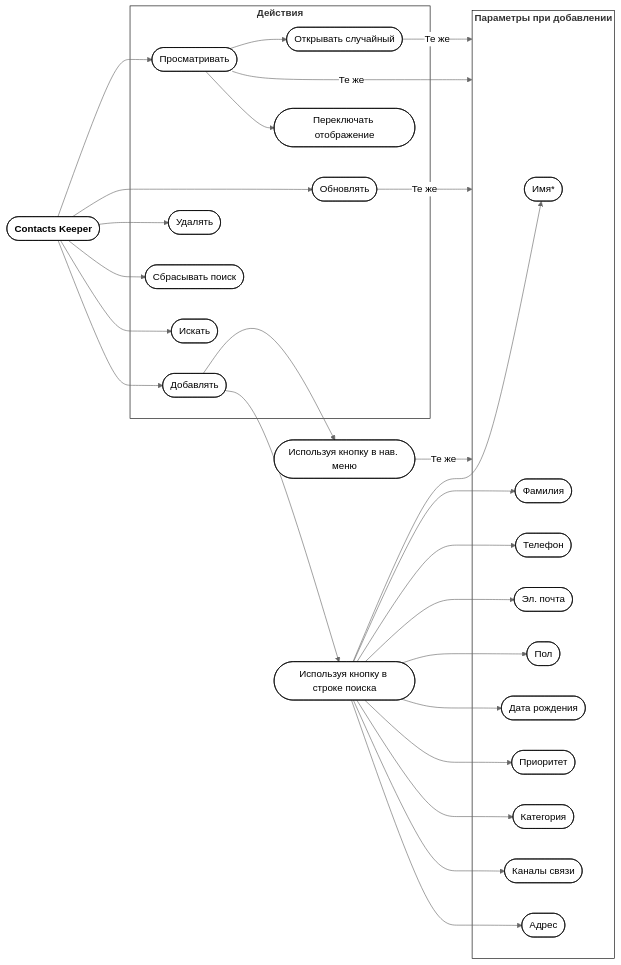
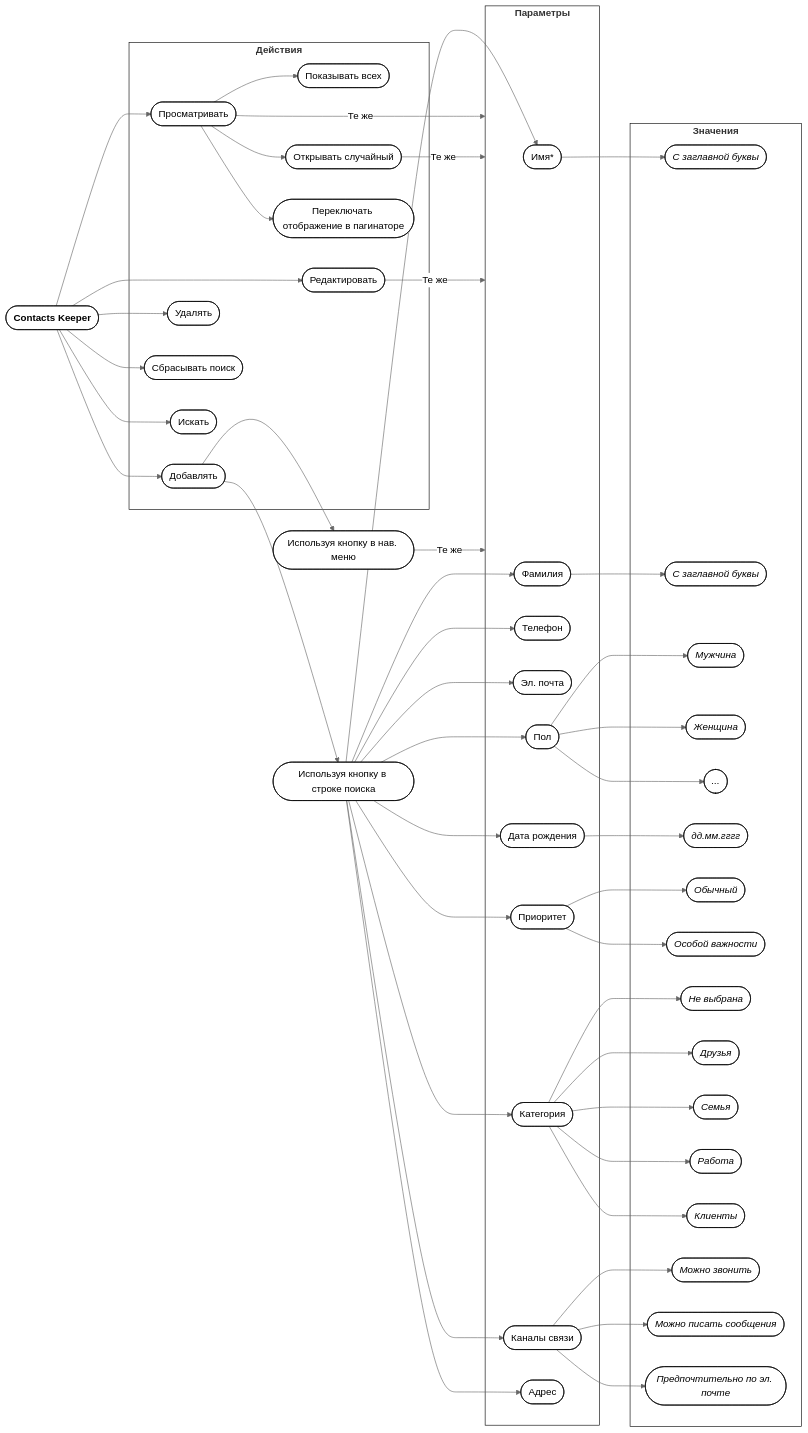
One commit to atrskv/contacts-keeper changed the diagram in docs/schemes/feature_tree.md. Above: the diagram before and after it, drawn with Mermaid (neutral theme).

Commit message:
docs: update feature tree

````diff
--- a/docs/schemes/feature_tree.md
+++ b/docs/schemes/feature_tree.md
@@ -2,31 +2,59 @@
 ``` mermaid
+graph LR
+    
+    root([Contacts Keeper]):::root_style
 
 
-graph LR
-    root([Contacts Keeper]):::root_style
+    subgraph actions_group [Действия]
+    
+    create
+    read
+    show_all_the_cs
+    random_contact
+    update
+    delete
+    paginate
+    reset_search
+    search
+
+    end
+
 
     root --> create([Добавлять]):::actions_style
     root --> read([Просматривать]):::actions_style
-    root --> update([Обновлять]):::actions_style
+    root --> update([Редактировать]):::actions_style
     root --> delete([Удалять]):::actions_style
-
-    subgraph actions_group [Действия]
-    create
-    read
-    update
-    delete
-    random_contact
-    paginate
-    reset_search
-    search
-    end
-    actions_group:::root_style
-
+    root --> search([Искать]):::actions_style
+    root --> reset_search([Сбрасывать поиск]):::actions_style
 
     create --> using_navbar([Используя кнопку в нав. меню]):::params_style
     create --> using_creating_button([Используя кнопку в строке поиска]):::params_style
 
+    read --> show_all_the_cs([Показывать всех]):::actions_style
+    read --> random_contact([Открывать случайный]):::actions_style
+    read --> paginate([Переключать отображение в пагинаторе]):::actions_style
+
+    read -->|Те же| params_group
+    random_contact -->|Те же| params_group
+    update -->|Те же| params_group
     using_navbar -->|Те же| params_group
+
+
+    subgraph params_group [Параметры]
+
+    first_name
+    last_name
+    phone
+    email
+    gender
+    date_of_birth
+    priority
+    category
+    channels
+    current_address
+
+    end
+
 
     using_creating_button --> first_name([Имя*]):::params_style
     using_creating_button --> last_name([Фамилия]):::params_style
@@ -38,44 +66,59 @@
     using_creating_button --> category([Категория]):::params_style
     using_creating_button --> channels([Каналы связи]):::params_style
     using_creating_button --> current_address([Адрес]):::params_style
+    
 
-    subgraph params_group [Параметры при добавлении]
-    first_name
-    last_name
-    phone
-    email
-    gender
-    date_of_birth
-    priority
-    category
-    channels
-    current_address
+    subgraph values_group [Значения]
+    uppercase_first_name
+    uppercase_last_name
+
+    male
+    female
+    other
+
+    datetime_format 
+
+    priority_regular
+    priority_high
+
+    not_selected
+    friends
+    family
+    work
+    clients
+
+    can_call
+    can_message
+    email_preferred
+
     end
-    params_group:::root_style
-
-    update -->|Те же| params_group
-    read -->|Те же| params_group
-    random_contact -->|Те же| params_group
-    
-    read --> random_contact([Открывать случайный]):::actions_style
 
 
-    root --> search([Искать]):::actions_style
-    root --> reset_search([Сбрасывать поиск]):::actions_style
-    read --> paginate([Переключать отображение]):::actions_style
+    first_name --> uppercase_first_name([С заглавной буквы]):::values_style
+    last_name --> uppercase_last_name([С заглавной буквы]):::values_style
 
-    
+    gender --> male([Мужчина]):::values_style
+    gender --> female([Женщина]):::values_style
+    gender --> other([...]):::values_style
+
+    date_of_birth --> datetime_format([дд.мм.гггг]):::values_style
+    priority --> priority_regular([Обычный]):::values_style
+    priority --> priority_high([Особой важности]):::values_style
+
+    category --> not_selected([Не выбрана]):::values_style
+    category --> friends([Друзья]):::values_style
+    category --> family([Семья]):::values_style
+    category --> work([Работа]):::values_style
+    category --> clients([Клиенты]):::values_style
+
+    channels --> can_call([Можно звонить]):::values_style
+    channels --> can_message([Можно писать сообщения]):::values_style
+    channels --> email_preferred([Предпочтительно по эл. почте]):::values_style
 
 
-
-
-
-
-
-
-
-
-
+    actions_group:::root_style
+    params_group:::root_style
+    values_group:::root_style
 
 
     classDef root_style fill:#000000, fill:#ffffff, stroke:#000000,font-weight:bold;
````
